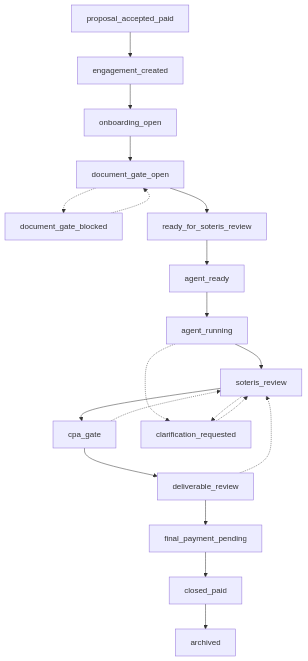
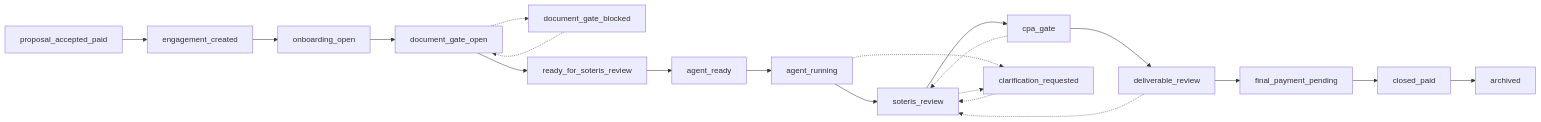
The diagram in workflow/lifecycle-overview.mdx (Soteris-Labs/docs), drawn with Mermaid before and after one commit. The commit also changed 15 other files, not shown here.

````diff
--- a/workflow/lifecycle-overview.mdx
+++ b/workflow/lifecycle-overview.mdx
@@ -15,12 +15,12 @@
 ```mermaid
-flowchart TD
+flowchart LR
   proposal_accepted_paid --> engagement_created --> onboarding_open --> document_gate_open
   document_gate_open -.-> document_gate_blocked
   document_gate_blocked -.-> document_gate_open
   document_gate_open --> ready_for_soteris_review --> agent_ready --> agent_running --> soteris_review --> cpa_gate --> deliverable_review --> final_payment_pending --> closed_paid --> archived
   agent_running -.-> clarification_requested
   clarification_requested -.-> soteris_review
   soteris_review -.-> clarification_requested
   cpa_gate -.-> soteris_review
   deliverable_review -.-> soteris_review
 ```
````
